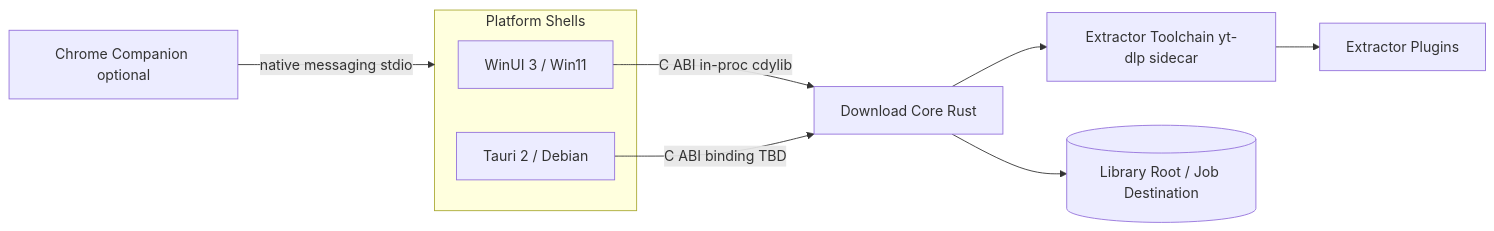
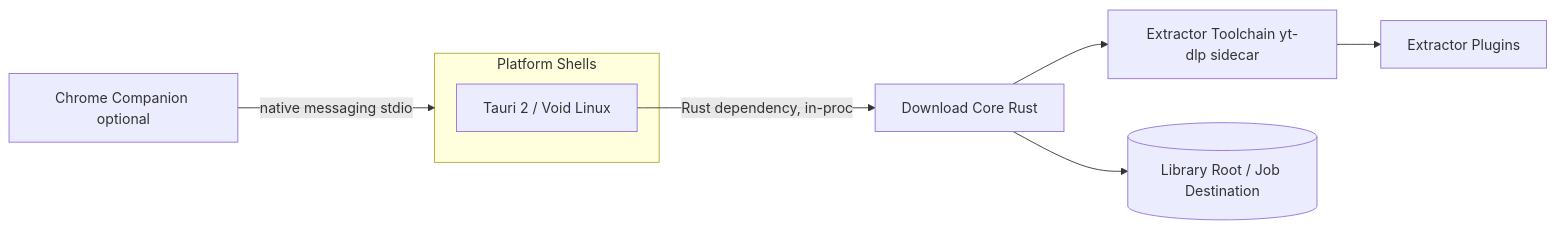
Before and after one commit to soubarnak/phlegethon: the first of 4 diagrams in docs/spec/hand-off.md, drawn with Mermaid. The commit also changed other lines of this file and 16 other files, not shown here.

First line of the commit message:
Void Linux packaging: xbps template, scripts, Makefile, docs

````diff
--- a/docs/spec/hand-off.md
+++ b/docs/spec/hand-off.md
@@ -74,19 +77,17 @@
 ```mermaid
 flowchart LR
   subgraph shells [Platform Shells]
-    WinUI[WinUI 3 / Win11]
-    Tauri[Tauri 2 / Debian]
+    Tauri[Tauri 2 / Void Linux]
   end
   Core[Download Core Rust]
   ET[Extractor Toolchain yt-dlp sidecar]
   EP[Extractor Plugins]
   Comp[Chrome Companion optional]
   FS[(Library Root / Job Destination)]
 
-  WinUI -->|C ABI in-proc cdylib| Core
-  Tauri -->|C ABI binding TBD| Core
+  Tauri -->|Rust dependency, in-proc| Core
   Comp -->|native messaging stdio| shells
   Core --> ET
   ET --> EP
   Core --> FS
 ```
````
